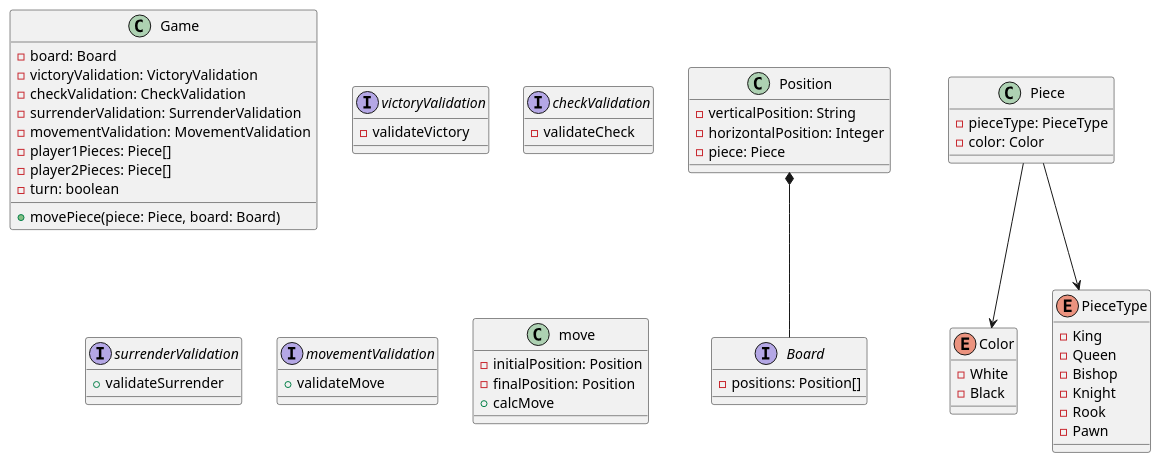
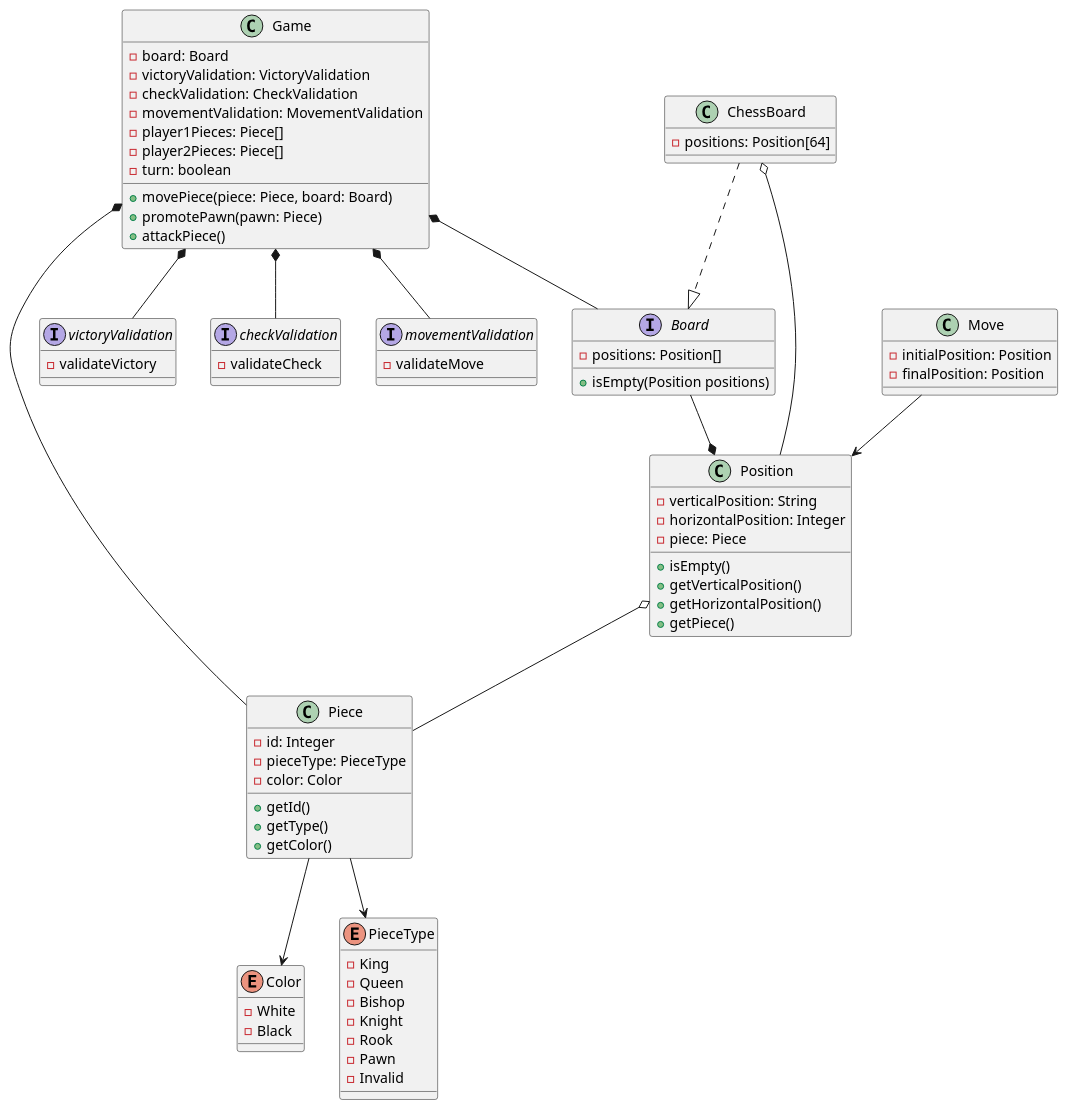
The diagram in diagrams/chessDiagram.puml (JulianRecio/Dis-Sist-Chess), drawn with PlantUML before and after one commit. The commit also changed 9 other files, not shown here.

Commit message:
Chess: estructura y diagrama agregados

```diff
--- a/diagrams/chessDiagram.puml
+++ b/diagrams/chessDiagram.puml
@@ -1,81 +1,100 @@
 @startuml
 'https://plantuml.com/sequence-diagram
 
 interface Board{
     - positions: Position[]
+    + isEmpty(Position positions)
+
 }
 
-Position *-- Board
+ChessBoard ..|> Board
+ChessBoard o-- Position
+class ChessBoard{
+    - positions: Position[64]
+}
+
+Position *-u- Board
+Position o-- Piece
 class Position{
     - verticalPosition: String
     - horizontalPosition: Integer
     - piece: Piece
-
+    + isEmpty()
+    + getVerticalPosition()
+    + getHorizontalPosition()
+    + getPiece()
 }
 
 Piece --> Color
 Piece --> PieceType
 class Piece{
+    - id: Integer
     - pieceType: PieceType
     - color: Color
+    + getId()
+    + getType()
+    + getColor()
 }
 
 enum Color{
     - White
     - Black
 }
 
 enum PieceType{
     - King
     - Queen
     - Bishop
     - Knight
     - Rook
     - Pawn
+    - Invalid
 }
 
+Game *-- victoryValidation
+Game *-- checkValidation
+Game *-- movementValidation
+Game *-- Piece
+Game *-- Board
 class Game{
     - board: Board
     - victoryValidation: VictoryValidation
     - checkValidation: CheckValidation
-    - surrenderValidation: SurrenderValidation
     - movementValidation: MovementValidation
     - player1Pieces: Piece[]
     - player2Pieces: Piece[]
     - turn: boolean
     + movePiece(piece: Piece, board: Board)
+    + promotePawn(pawn: Piece)
+    + attackPiece()
 }
 
 interface victoryValidation{
     -validateVictory
 }
 
 interface checkValidation{
     -validateCheck
 }
 
-interface surrenderValidation{
-    +validateSurrender
+interface movementValidation{
+    -validateMove
 }
 
-interface movementValidation{
-    +validateMove
-}
-
-class move{
+Move --> Position
+class Move{
     -initialPosition: Position
     -finalPosition: Position
-    +calcMove
 }
 
 
 
 /'
     --|> herencia
     *-- composición
     o-- agregación
     --> asosiación
     ..> dependencia
     <|.. realización/implementación
 '/
 @enduml
```
